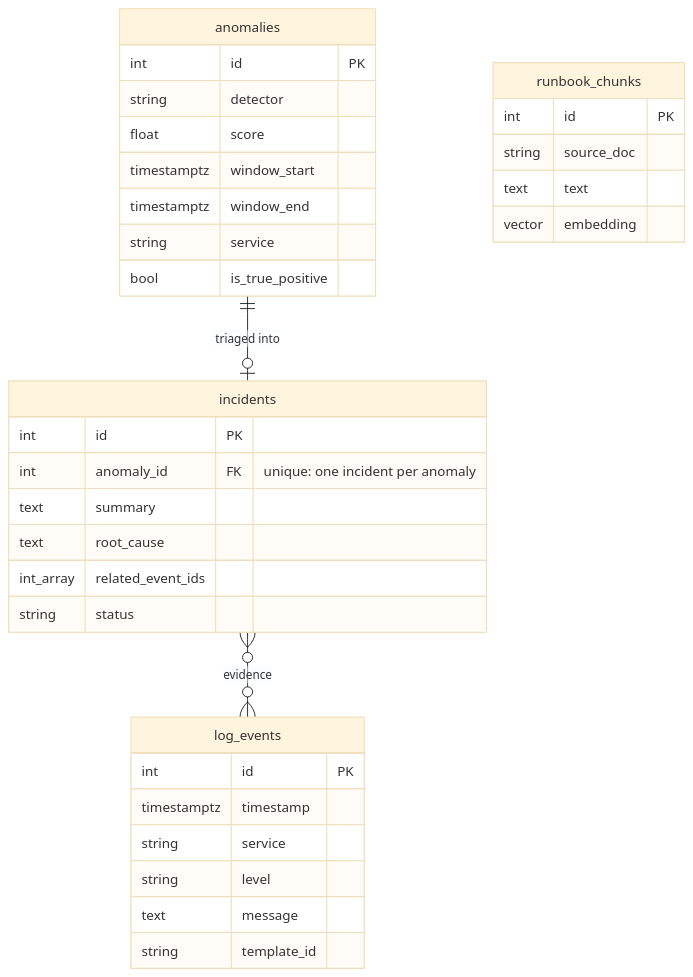
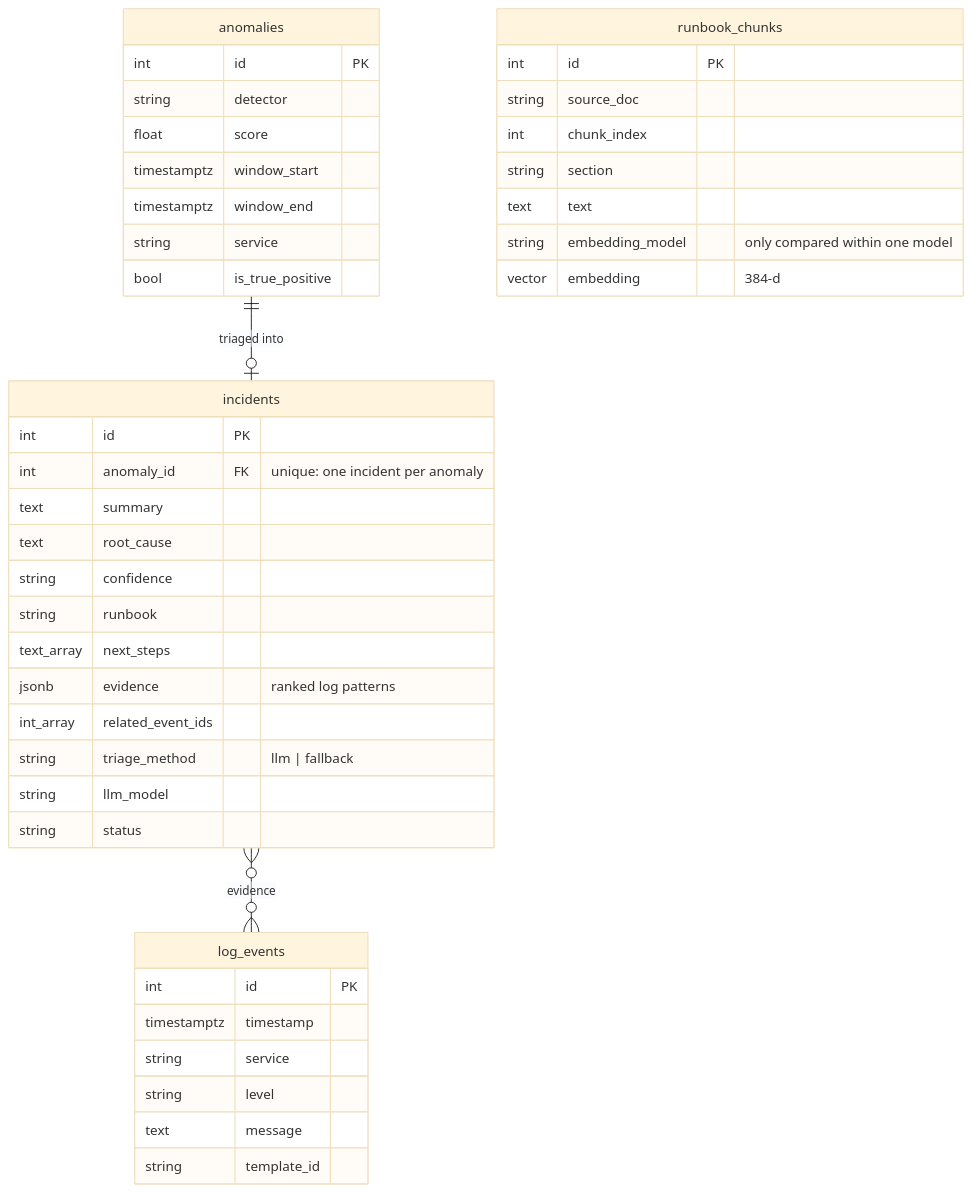
Before and after one commit to Abhishek2114/sentinel-triage: the second of 2 diagrams in docs/DESIGN.md, drawn with Mermaid (base theme). The commit also changed other lines of this file and 31 other files, not shown here.

````diff
--- a/docs/DESIGN.md
+++ b/docs/DESIGN.md
@@ -255,36 +302,45 @@
 ```mermaid
 erDiagram
     log_events {
         int id PK
         timestamptz timestamp
         string service
         string level
         text message
         string template_id
     }
     anomalies {
         int id PK
         string detector
         float score
         timestamptz window_start
         timestamptz window_end
         string service
         bool is_true_positive
     }
     incidents {
         int id PK
         int anomaly_id FK "unique: one incident per anomaly"
         text summary
         text root_cause
+        string confidence
+        string runbook
+        text_array next_steps
+        jsonb evidence "ranked log patterns"
         int_array related_event_ids
+        string triage_method "llm | fallback"
+        string llm_model
         string status
     }
     runbook_chunks {
         int id PK
         string source_doc
+        int chunk_index
+        string section
         text text
-        vector embedding
+        string embedding_model "only compared within one model"
+        vector embedding "384-d"
     }
     anomalies ||--o| incidents : "triaged into"
     incidents }o--o{ log_events : "evidence"
 ```
````
